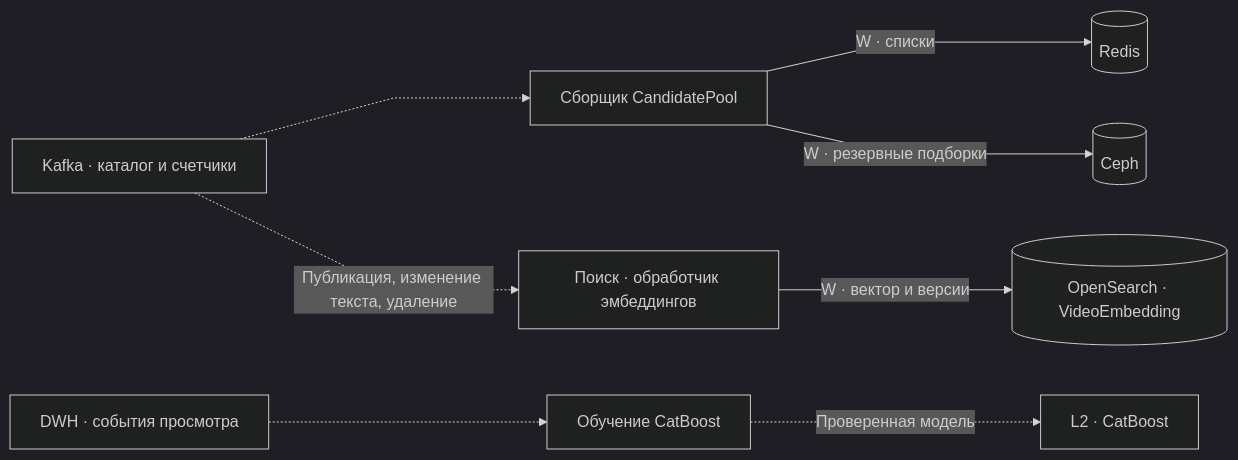
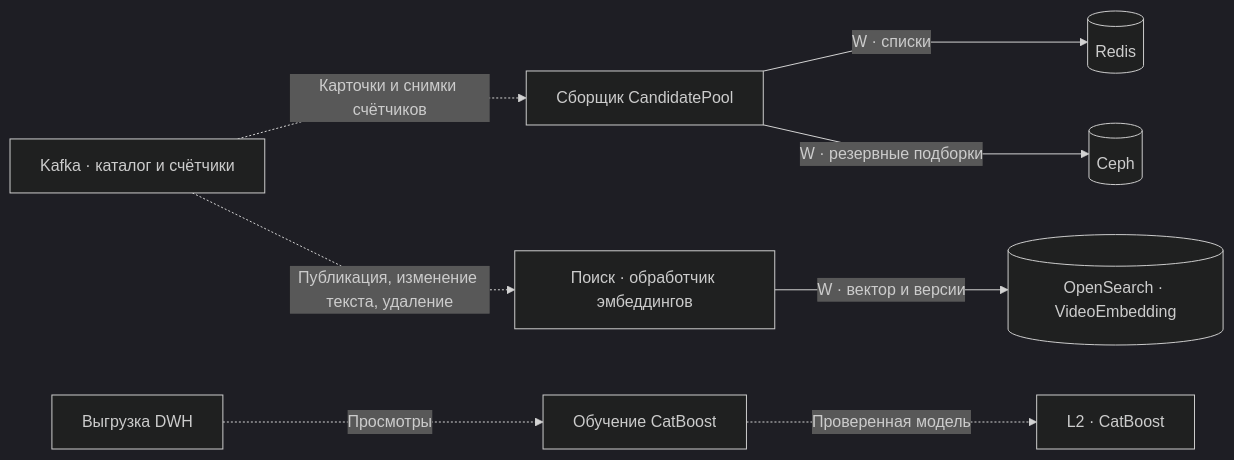
One commit to pavel-ladygin/highload_tp changed the tenth of 15 diagrams in README.md. Above: the diagram before and after it, drawn with Mermaid (dark theme). The commit also changed other lines of this file, not shown here.

````diff
--- a/README.md
+++ b/README.md
@@ -887,11 +886,11 @@
 ```mermaid
 %%{init: {"flowchart": {"curve": "linear"}}}%%
 flowchart LR
-    K["Kafka · каталог и счетчики"] -.-> P["Сборщик CandidatePool"]
+    K["Kafka · каталог и счётчики"] -. "Карточки и снимки счётчиков" .-> P["Сборщик CandidatePool"]
     P -->|"W · списки"| R[("Redis")]
     P -->|"W · резервные подборки"| C[("Ceph")]
     K -. "Публикация, изменение текста, удаление" .-> E["Поиск · обработчик эмбеддингов"]
     E -->|"W · вектор и версии"| O[("OpenSearch · VideoEmbedding")]
-    D["DWH · события просмотра"] -.-> T["Обучение CatBoost"]
+    D["Выгрузка DWH"] -. "Просмотры" .-> T["Обучение CatBoost"]
     T -. "Проверенная модель" .-> M["L2 · CatBoost"]
 ```
````
